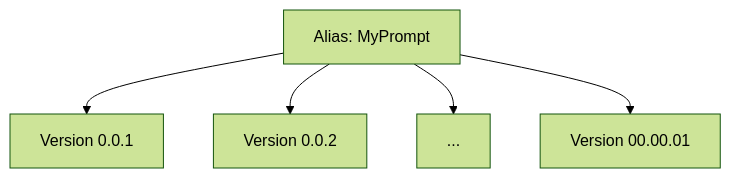
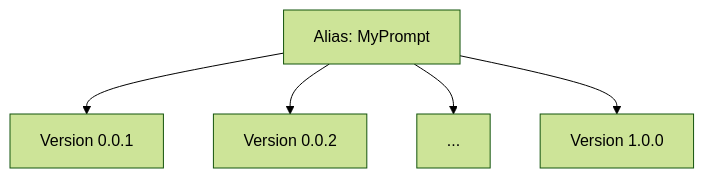
The diagram in fern/docs/pages/llm-evaluation/prompt-optimization/prompt-versioning.mdx (confident-ai/confident-docs), drawn with Mermaid (forest theme) before and after one commit.

````diff
--- a/fern/docs/pages/llm-evaluation/prompt-optimization/prompt-versioning.mdx
+++ b/fern/docs/pages/llm-evaluation/prompt-optimization/prompt-versioning.mdx
@@ -41,8 +41,8 @@
 ```mermaid
 flowchart TD
     MyPrompt["Alias: MyPrompt"]
     MyPrompt --> V001["Version 0.0.1"]
     MyPrompt --> V002["Version 0.0.2"]
     MyPrompt --> V003[" ... "]
-    MyPrompt --> V100["Version 00.00.01"]
+    MyPrompt --> V100["Version 1.0.0"]
 ```
````
